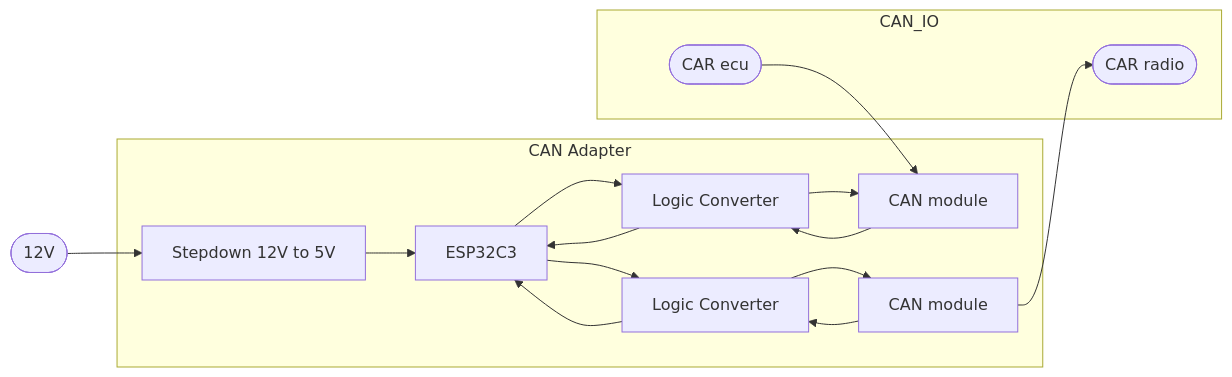
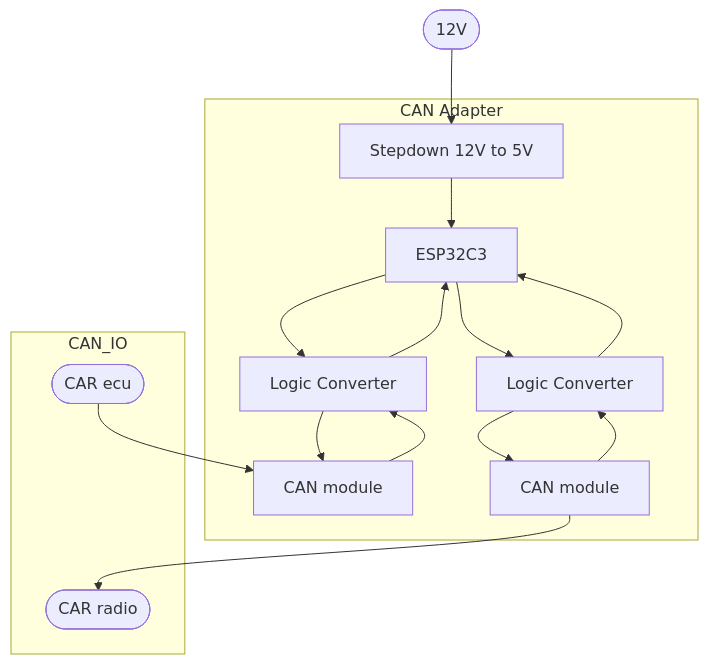
Before and after one commit to Wojtechos/CAN_VWTP_ADAPTER: the diagram in README.md, drawn with Mermaid.

````diff
--- a/README.md
+++ b/README.md
@@ -14,28 +14,28 @@
 ```mermaid
-  flowchart LR
+  flowchart TD
     Power(["12V"])
     subgraph CAN Adapter
       Stepdown["Stepdown 12V to 5V"]
       MCU["ESP32C3"]
       LOGCONV1["Logic Converter"]
       LOGCONV2["Logic Converter"]
       CANMOD1["CAN module"]
       CANMOD2["CAN module"] 
     end
     subgraph CAN_IO
       RADIO(["CAR radio"])
       ECU(["CAR ecu"])
     end
     Power --> Stepdown
     Stepdown --> MCU
     MCU --> LOGCONV1
     MCU --> LOGCONV2
     LOGCONV1 --> CANMOD1 
     LOGCONV2 --> CANMOD2
     ECU --> CANMOD1 
     CANMOD2 --> RADIO
     LOGCONV1 --> MCU
     LOGCONV2 --> MCU
     CANMOD1 --> LOGCONV1
     CANMOD2 --> LOGCONV2
 ```
````
